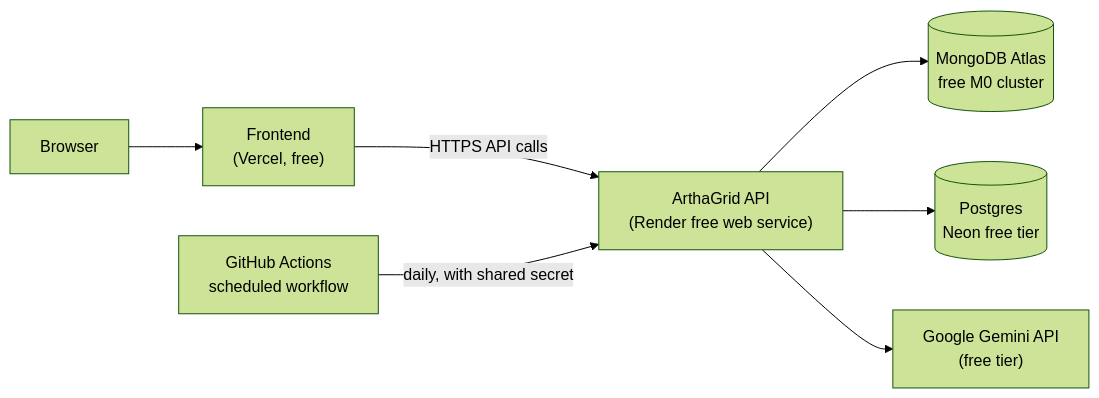
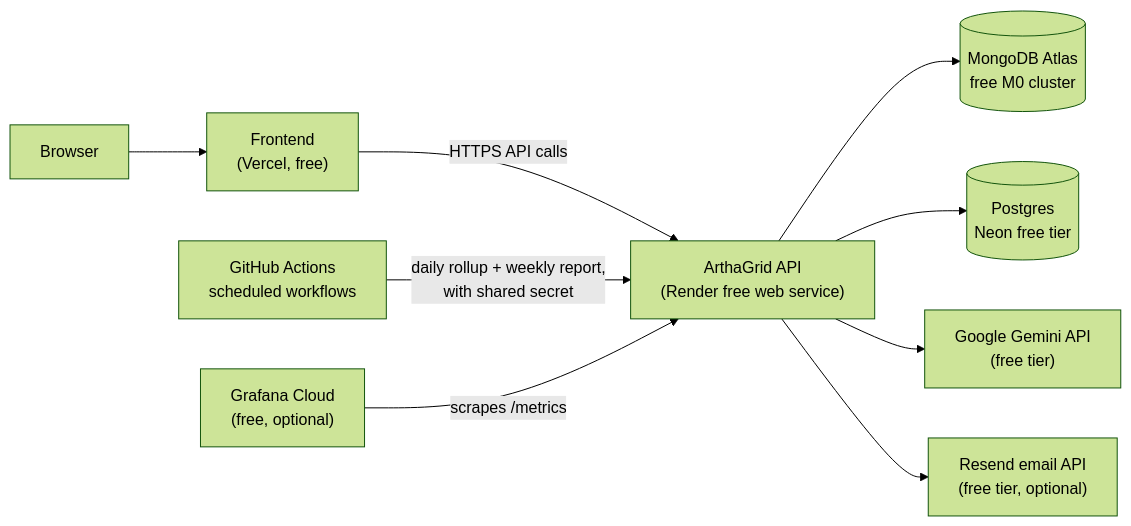
One commit to Tanmay268/ArthaGrid changed the eighth of 8 diagrams in docs/architecture.md. Above: the diagram before and after it, drawn with Mermaid (forest theme). The commit also changed other lines of this file and 112 other files, not shown here.

````diff
--- a/docs/architecture.md
+++ b/docs/architecture.md
@@ -349,9 +397,11 @@
 ```mermaid
 flowchart LR
     User["Browser"] --> Vercel["Frontend\n(Vercel, free)"]
     Vercel -->|HTTPS API calls| Render["ArthaGrid API\n(Render free web service)"]
     Render --> Atlas[("MongoDB Atlas\nfree M0 cluster")]
     Render --> Neon[("Postgres\nNeon free tier")]
     Render --> GeminiAPI["Google Gemini API\n(free tier)"]
-    GHA["GitHub Actions\nscheduled workflow"] -->|"daily, with shared secret"| Render
+    Render --> Resend["Resend email API\n(free tier, optional)"]
+    GHA["GitHub Actions\nscheduled workflows"] -->|"daily rollup + weekly report,\nwith shared secret"| Render
+    Grafana["Grafana Cloud\n(free, optional)"] -->|"scrapes /metrics"| Render
 ```
````
